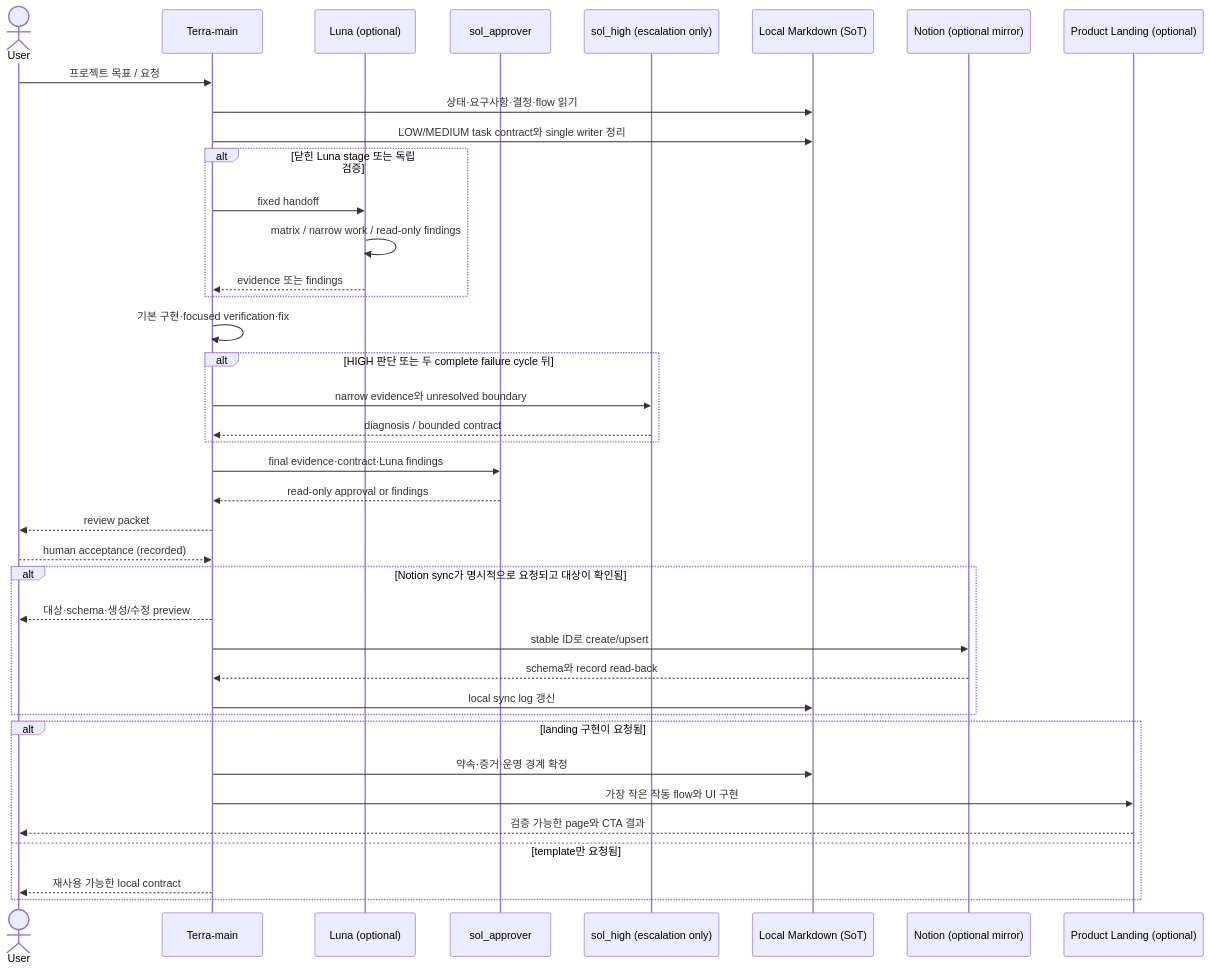
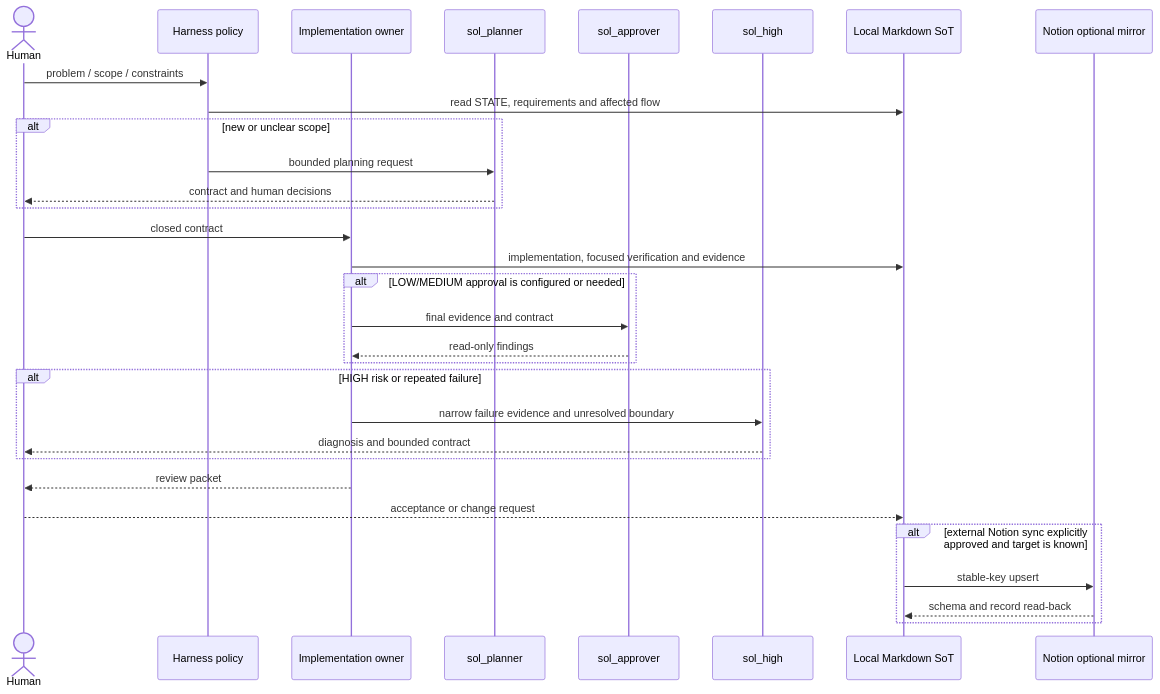
Before and after one commit to pjy2163/local-harness: the diagram in docs/SYSTEM_MAP.md, drawn with Mermaid. The commit also changed other lines of this file and 23 other files, not shown here.

````diff
--- a/docs/SYSTEM_MAP.md
+++ b/docs/SYSTEM_MAP.md
@@ -13,42 +13,34 @@
 ```mermaid
 sequenceDiagram
-    actor U as User
-    participant T as Terra-main
-    participant X as Luna (optional)
+    actor U as Human
+    participant H as Harness policy
+    participant L as Implementation owner
+    participant P as sol_planner
     participant A as sol_approver
-    participant S as sol_high (escalation only)
-    participant L as Local Markdown (SoT)
-    participant N as Notion (optional mirror)
-    participant P as Product Landing (optional)
+    participant S as sol_high
+    participant M as Local Markdown SoT
+    participant N as Notion optional mirror
 
-    U->>T: 프로젝트 목표 / 요청
-    T->>L: 상태·요구사항·결정·flow 읽기
-    T->>L: LOW/MEDIUM task contract와 single writer 정리
-    alt 닫힌 Luna stage 또는 독립 검증
-        T->>X: fixed handoff
-        X->>X: matrix / narrow work / read-only findings
-        X-->>T: evidence 또는 findings
+    U->>H: problem / scope / constraints
+    H->>M: read STATE, requirements and affected flow
+    alt new or unclear scope
+        H->>P: bounded planning request
+        P-->>U: contract and human decisions
     end
-    T->>T: 기본 구현·focused verification·fix
-    alt HIGH 판단 또는 두 complete failure cycle 뒤
-        T->>S: narrow evidence와 unresolved boundary
-        S-->>T: diagnosis / bounded contract
+    U->>L: closed contract
+    L->>M: implementation, focused verification and evidence
+    alt LOW/MEDIUM approval is configured or needed
+        L->>A: final evidence and contract
+        A-->>L: read-only findings
     end
-    T->>A: final evidence·contract·Luna findings
-    A-->>T: read-only approval or findings
-    T-->>U: review packet
-    U-->>T: human acceptance (recorded)
-    alt Notion sync가 명시적으로 요청되고 대상이 확인됨
-        T-->>U: 대상·schema·생성/수정 preview
-        T->>N: stable ID로 create/upsert
-        N-->>T: schema와 record read-back
-        T->>L: local sync log 갱신
+    alt HIGH risk or repeated failure
+        L->>S: narrow failure evidence and unresolved boundary
+        S-->>U: diagnosis and bounded contract
     end
-    alt landing 구현이 요청됨
-        T->>L: 약속·증거·운영 경계 확정
-        T->>P: 가장 작은 작동 flow와 UI 구현
-        P-->>U: 검증 가능한 page와 CTA 결과
-    else template만 요청됨
-        T-->>U: 재사용 가능한 local contract
+    L-->>U: review packet
+    U-->>M: acceptance or change request
+    alt external Notion sync explicitly approved and target is known
+        M->>N: stable-key upsert
+        N-->>M: schema and record read-back
     end
 ```
````
